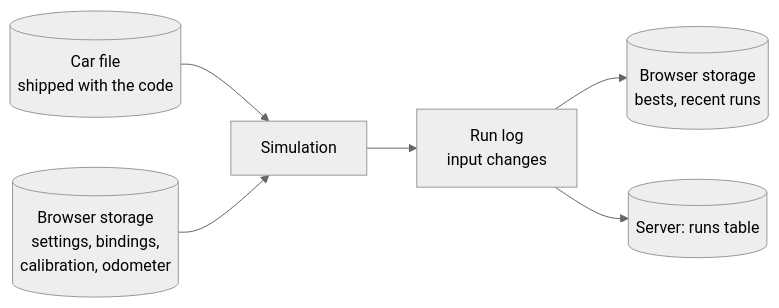
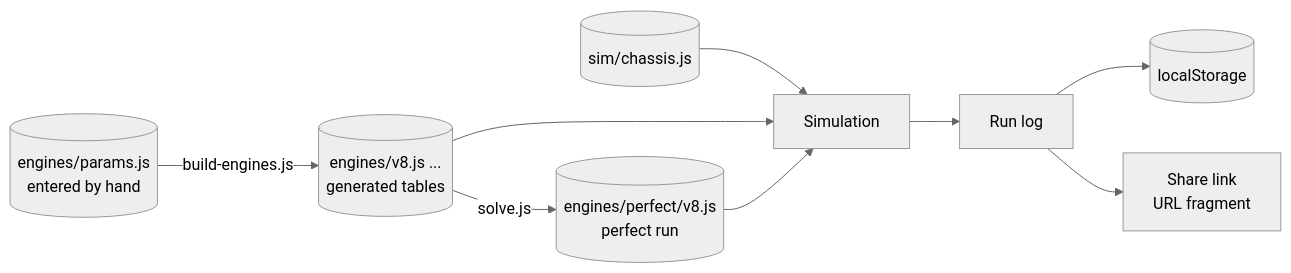
One commit to MoAbboud/PortFolio changed the diagram in pedalsim/requirements/04-data-model.md. Above: the diagram before and after it, drawn with Mermaid (neutral theme). The commit also changed other lines of this file and 6 other files, not shown here.

Commit message:
git add pedalsim/requirements git commit -m "pedalsim replanned as one page of gauges with no server: engines from four to twelve cylinders built from their dimensions, a shift coach, and a 0-60 score measured against a solved perfect run"

````diff
--- a/pedalsim/requirements/04-data-model.md
+++ b/pedalsim/requirements/04-data-model.md
@@ -7,8 +7,11 @@
 ```mermaid
 flowchart LR
-    CAR[(Car file<br/>shipped with the code)] --> SIM[Simulation]
-    SIM --> LOG[Run log<br/>input changes]
-    LOG --> LS[(Browser storage<br/>bests, recent runs)]
-    LOG --> RUNS[(Server: runs table)]
-    SET[(Browser storage<br/>settings, bindings,<br/>calibration, odometer)] --> SIM
+    PAR[(engines/params.js<br/>entered by hand)] -->|build-engines.js| TAB[(engines/v8.js ...<br/>generated tables)]
+    TAB -->|solve.js| PERF[(engines/perfect/v8.js<br/>perfect run)]
+    CH[(sim/chassis.js)] --> SIM[Simulation]
+    TAB --> SIM
+    PERF --> SIM
+    SIM --> LOG[Run log]
+    LOG --> LS[(localStorage)]
+    LOG --> URL[Share link<br/>URL fragment]
 ```
````
